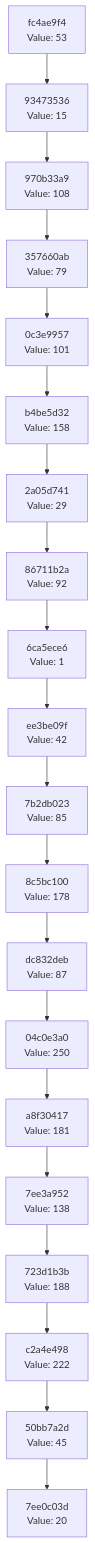
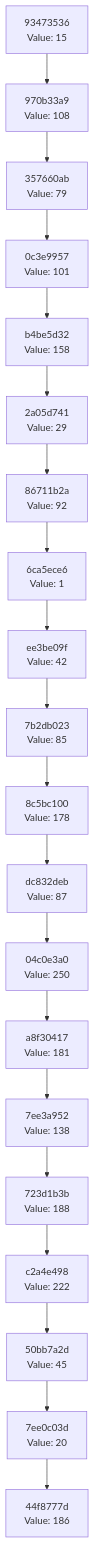
Before and after one commit to Abhisheksinha1506/hash-chain-evolver: the diagram in docs/CHAIN_VISUALIZATION.md, drawn with Mermaid. The commit also changed 3 other files, not shown here.

````diff
--- a/docs/CHAIN_VISUALIZATION.md
+++ b/docs/CHAIN_VISUALIZATION.md
@@ -3,42 +3,42 @@
 ```mermaid
 graph TD
-    C0["7ee0c03d<br/>Value: 20"]
-    C1["50bb7a2d<br/>Value: 45"]
+    C0["44f8777d<br/>Value: 186"]
+    C1["7ee0c03d<br/>Value: 20"]
     C1 --> C0
-    C2["c2a4e498<br/>Value: 222"]
+    C2["50bb7a2d<br/>Value: 45"]
     C2 --> C1
-    C3["723d1b3b<br/>Value: 188"]
+    C3["c2a4e498<br/>Value: 222"]
     C3 --> C2
-    C4["7ee3a952<br/>Value: 138"]
+    C4["723d1b3b<br/>Value: 188"]
     C4 --> C3
-    C5["a8f30417<br/>Value: 181"]
+    C5["7ee3a952<br/>Value: 138"]
     C5 --> C4
-    C6["04c0e3a0<br/>Value: 250"]
+    C6["a8f30417<br/>Value: 181"]
     C6 --> C5
-    C7["dc832deb<br/>Value: 87"]
+    C7["04c0e3a0<br/>Value: 250"]
     C7 --> C6
-    C8["8c5bc100<br/>Value: 178"]
+    C8["dc832deb<br/>Value: 87"]
     C8 --> C7
-    C9["7b2db023<br/>Value: 85"]
+    C9["8c5bc100<br/>Value: 178"]
     C9 --> C8
-    C10["ee3be09f<br/>Value: 42"]
+    C10["7b2db023<br/>Value: 85"]
     C10 --> C9
-    C11["6ca5ece6<br/>Value: 1"]
+    C11["ee3be09f<br/>Value: 42"]
     C11 --> C10
-    C12["86711b2a<br/>Value: 92"]
+    C12["6ca5ece6<br/>Value: 1"]
     C12 --> C11
-    C13["2a05d741<br/>Value: 29"]
+    C13["86711b2a<br/>Value: 92"]
     C13 --> C12
-    C14["b4be5d32<br/>Value: 158"]
+    C14["2a05d741<br/>Value: 29"]
     C14 --> C13
-    C15["0c3e9957<br/>Value: 101"]
+    C15["b4be5d32<br/>Value: 158"]
     C15 --> C14
-    C16["357660ab<br/>Value: 79"]
+    C16["0c3e9957<br/>Value: 101"]
     C16 --> C15
-    C17["970b33a9<br/>Value: 108"]
+    C17["357660ab<br/>Value: 79"]
     C17 --> C16
-    C18["93473536<br/>Value: 15"]
+    C18["970b33a9<br/>Value: 108"]
     C18 --> C17
-    C19["fc4ae9f4<br/>Value: 53"]
+    C19["93473536<br/>Value: 15"]
     C19 --> C18
 ```
````
